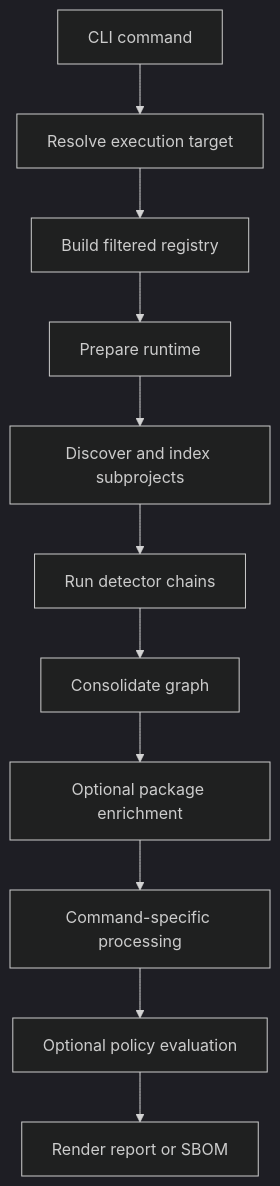
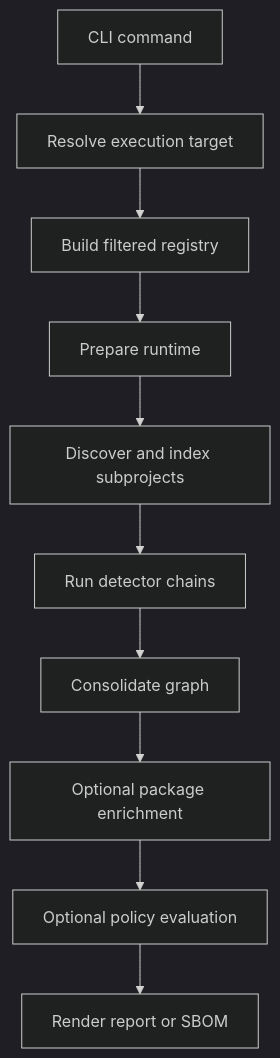
One commit to bomly-dev/bomly-cli changed the first of 3 diagrams in docs/ARCHITECTURE.md. Above: the diagram before and after it, drawn with Mermaid (dark theme). The commit also changed other lines of this file and 6 other files, not shown here.

````diff
--- a/docs/ARCHITECTURE.md
+++ b/docs/ARCHITECTURE.md
@@ -22,13 +22,12 @@
 ```mermaid
 flowchart TD
     A[CLI command] --> B[Resolve execution target]
     B --> C[Build filtered registry]
     C --> D[Prepare runtime]
     D --> E[Discover and index subprojects]
     E --> F[Run detector chains]
     F --> G[Consolidate graph]
     G --> H[Optional package enrichment]
-    H --> I[Command-specific processing]
-    I --> J[Optional policy evaluation]
-    J --> K[Render report or SBOM]
+    H --> I[Optional policy evaluation]
+    I --> J[Render report or SBOM]
 ```
````
